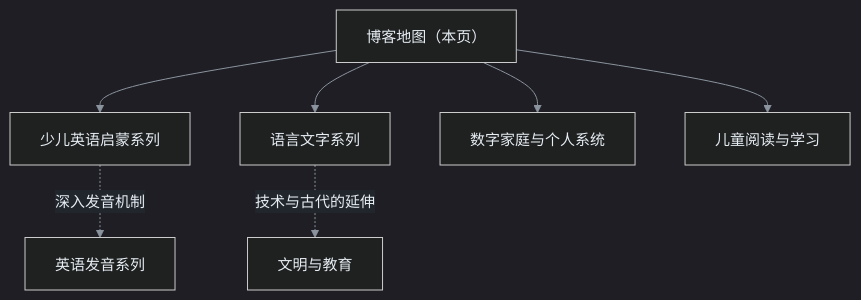
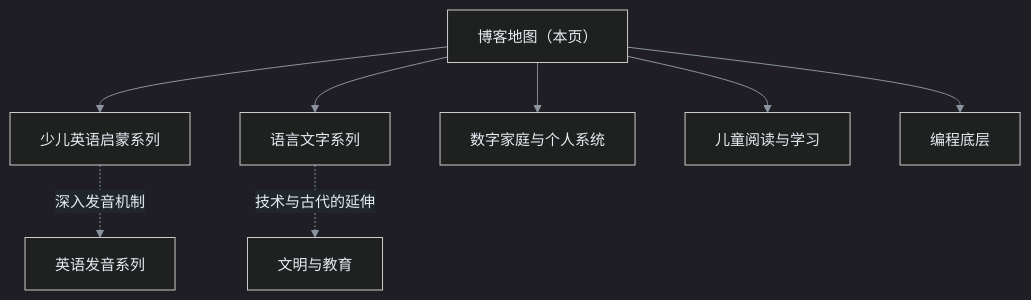
Before and after one commit to yeyangchen2009/draft-review: the diagram in drafts/2026年9月27日-博客地图.md, drawn with Mermaid. The commit also changed other lines of this file and 3 other files, not shown here.

````diff
--- a/drafts/2026年9月27日-博客地图.md
+++ b/drafts/2026年9月27日-博客地图.md
@@ -23,17 +24,19 @@
 ```mermaid
 %%{init: {'theme':'dark','themeVariables':{'background':'#0d1117','primaryColor':'#1f6feb','primaryTextColor':'#ffffff','primaryBorderColor':'#79c0ff','secondaryColor':'#21262d','tertiaryColor':'#30363d','lineColor':'#8b949e','textColor':'#e6edf3','clusterBkg':'#161b22','clusterBorder':'#58a6ff','edgeLabelBackground':'#21262d','fontSize':'15px'}}}%%
 flowchart TD
     MAP["博客地图（本页）"]
     E["少儿英语启蒙系列"]
     B["英语发音系列"]
     C["语言文字系列"]
     D["文明与教育"]
     A["数字家庭与个人系统"]
     F["儿童阅读与学习"]
+    G["编程底层"]
     MAP --> E
     E -. "深入发音机制" .-> B
     MAP --> C
     C -. "技术与古代的延伸" .-> D
     MAP --> A
     MAP --> F
+    MAP --> G
 ```
````
